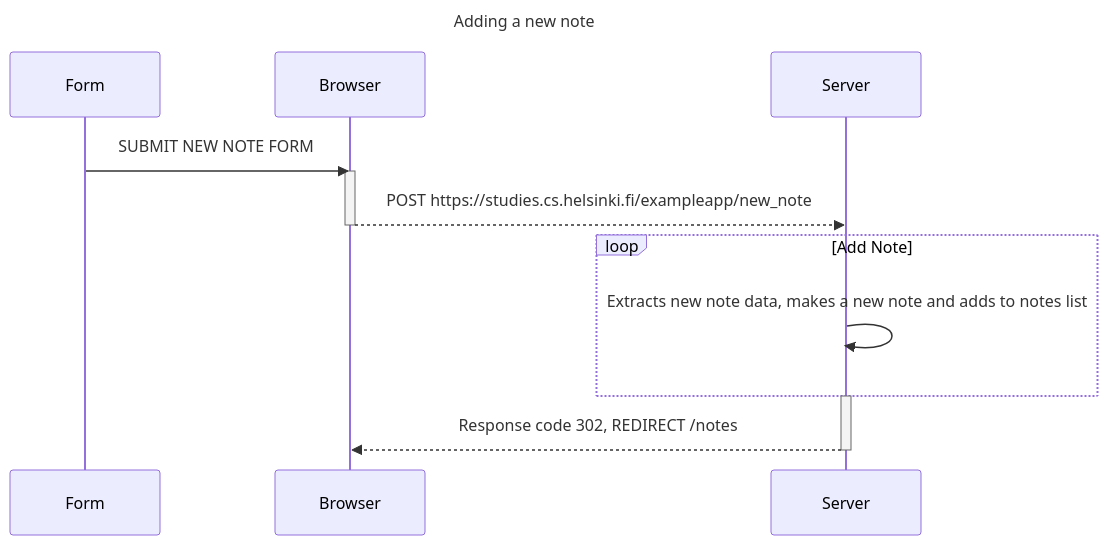
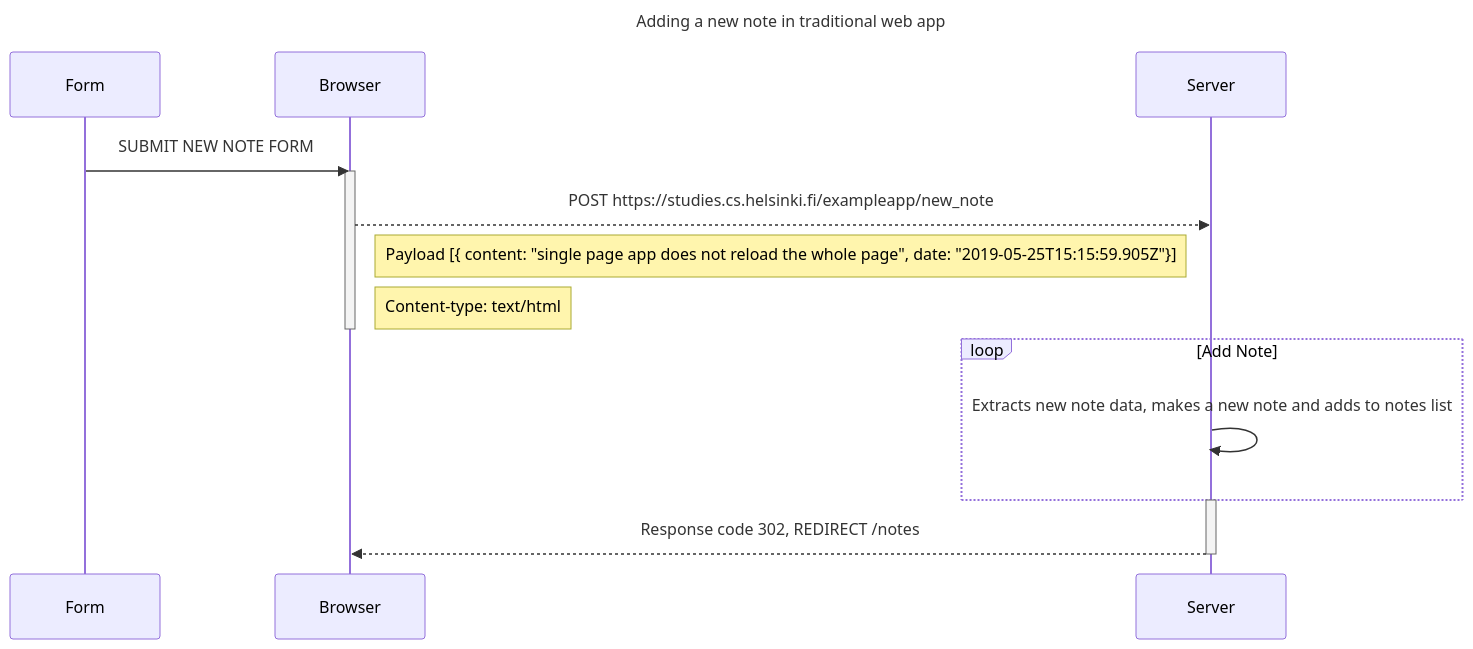
One commit to shaxeb/full-stack-hy2025 changed the first of 3 diagrams in README.md. Above: the diagram before and after it, drawn with Mermaid. The commit also changed other lines of this file, not shown here.

````diff
--- a/README.md
+++ b/README.md
@@ -4,18 +4,20 @@
 ```mermaid
 ---
-    title: Adding a new note
+    title: Adding a new note in traditional web app
 ---
 sequenceDiagram
 Form->>Browser: SUBMIT NEW NOTE FORM
 activate Browser
 Browser-->>Server: POST https://studies.cs.helsinki.fi/exampleapp/new_note
+Note right of Browser: Payload [{ content: "single page app does not reload the whole page", date: "2019-05-25T15:15:59.905Z"}]
+Note right of Browser: Content-type: text/html
 deactivate Browser
 
 loop Add Note
     Server->>Server: Extracts new note data, makes a new note and adds to notes list
 end
 
 activate Server
 Server-->>Browser: Response code 302, REDIRECT /notes
 deactivate Server
 ```
````
